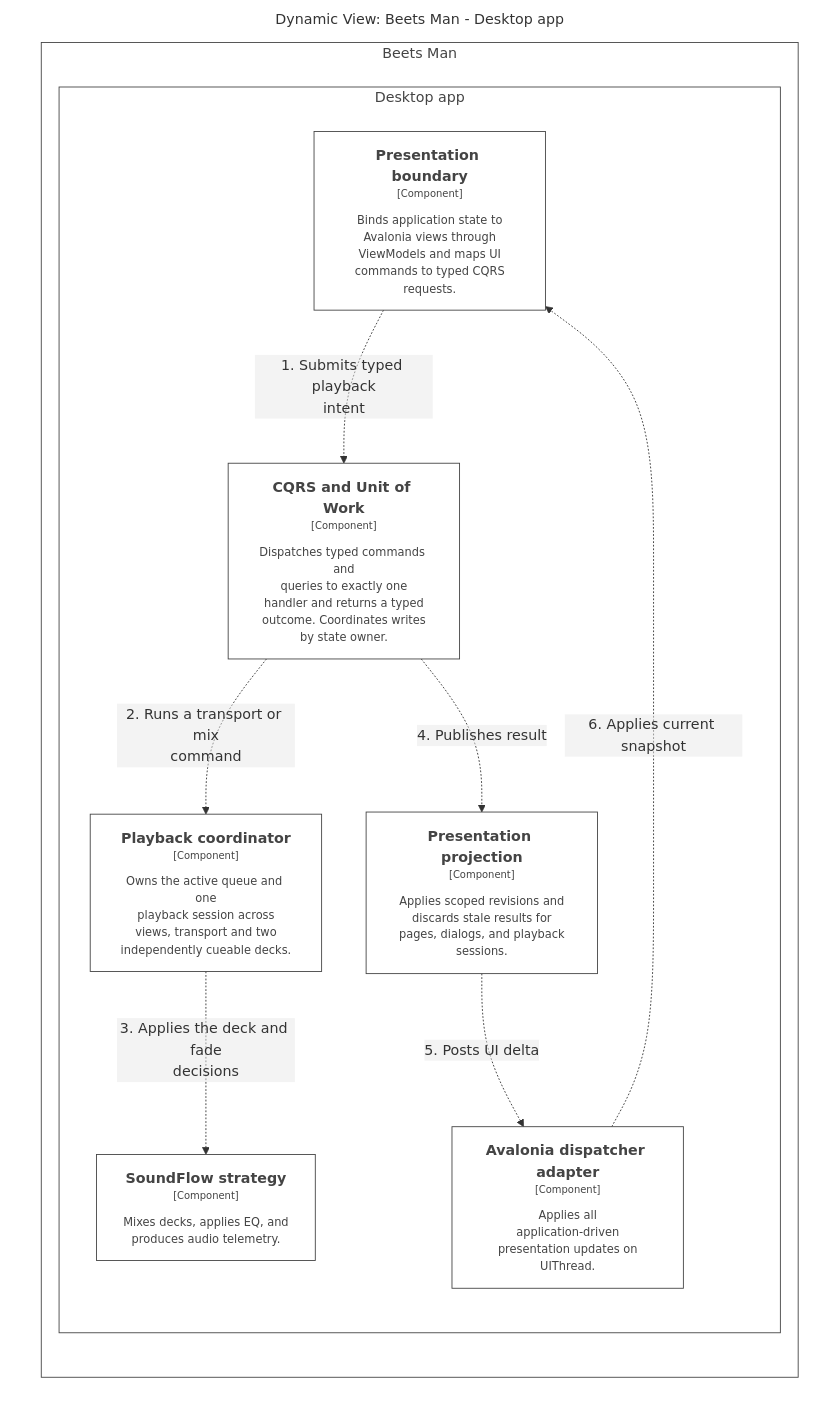
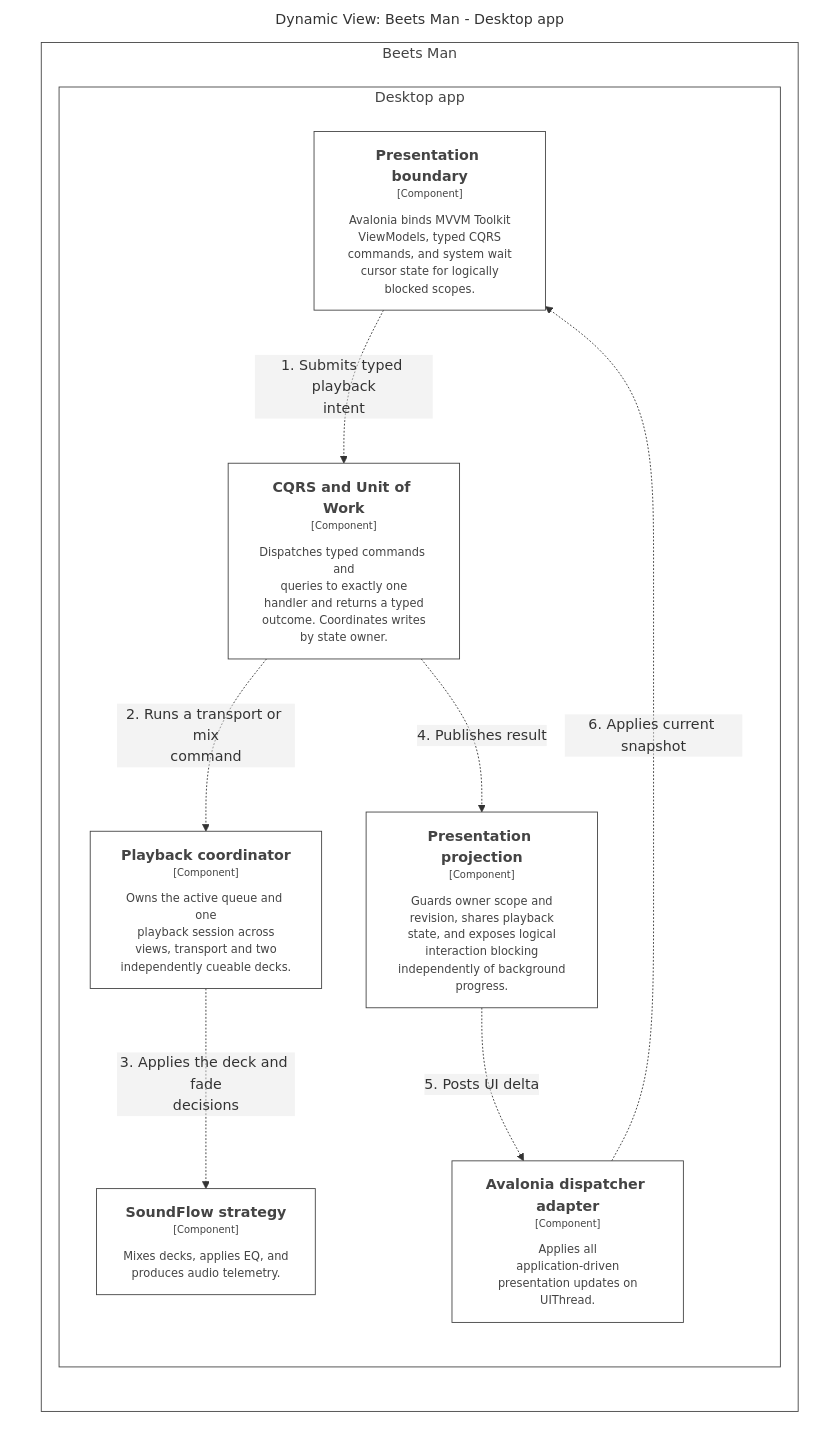
Diagram 11 of 13 in docs/Project/wiki/github/C4-Views.md (sharpninja/beets-man), drawn with Mermaid before and after one commit. The commit also changed other lines of this file and 73 other files, not shown here.

````diff
--- a/docs/Project/wiki/github/C4-Views.md
+++ b/docs/Project/wiki/github/C4-Views.md
@@ -565,38 +565,38 @@
 ```mermaid
 graph LR
   linkStyle default fill:#ffffff
 
   subgraph diagram ["Dynamic View: Beets Man - Desktop app"]
     style diagram fill:#ffffff,stroke:#ffffff
 
     subgraph 6 ["Beets Man"]
       style 6 fill:#ffffff,stroke:#444444,color:#444444
 
       subgraph 7 ["Desktop app"]
         style 7 fill:#ffffff,stroke:#444444,color:#444444
 
-        10["<div style='font-weight: bold'>Presentation projection</div><div style='font-size: 70%; margin-top: 0px'>[Component]</div><div style='font-size: 80%; margin-top:10px'>Applies scoped revisions and<br />discards stale results for<br />pages, dialogs, and playback<br />sessions.</div>"]
+        10["<div style='font-weight: bold'>Presentation projection</div><div style='font-size: 70%; margin-top: 0px'>[Component]</div><div style='font-size: 80%; margin-top:10px'>Guards owner scope and<br />revision, shares playback<br />state, and exposes logical<br />interaction blocking<br />independently of background<br />progress.</div>"]
         style 10 fill:#ffffff,stroke:#444444,color:#444444
         11["<div style='font-weight: bold'>CQRS and Unit of Work</div><div style='font-size: 70%; margin-top: 0px'>[Component]</div><div style='font-size: 80%; margin-top:10px'>Dispatches typed commands and<br />queries to exactly one<br />handler and returns a typed<br />outcome. Coordinates writes<br />by state owner.</div>"]
         style 11 fill:#ffffff,stroke:#444444,color:#444444
         16["<div style='font-weight: bold'>Playback coordinator</div><div style='font-size: 70%; margin-top: 0px'>[Component]</div><div style='font-size: 80%; margin-top:10px'>Owns the active queue and one<br />playback session across<br />views, transport and two<br />independently cueable decks.</div>"]
         style 16 fill:#ffffff,stroke:#444444,color:#444444
         17["<div style='font-weight: bold'>SoundFlow strategy</div><div style='font-size: 70%; margin-top: 0px'>[Component]</div><div style='font-size: 80%; margin-top:10px'>Mixes decks, applies EQ, and<br />produces audio telemetry.</div>"]
         style 17 fill:#ffffff,stroke:#444444,color:#444444
-        8["<div style='font-weight: bold'>Presentation boundary</div><div style='font-size: 70%; margin-top: 0px'>[Component]</div><div style='font-size: 80%; margin-top:10px'>Binds application state to<br />Avalonia views through<br />ViewModels and maps UI<br />commands to typed CQRS<br />requests.</div>"]
+        8["<div style='font-weight: bold'>Presentation boundary</div><div style='font-size: 70%; margin-top: 0px'>[Component]</div><div style='font-size: 80%; margin-top:10px'>Avalonia binds MVVM Toolkit<br />ViewModels, typed CQRS<br />commands, and system wait<br />cursor state for logically<br />blocked scopes.</div>"]
         style 8 fill:#ffffff,stroke:#444444,color:#444444
         9["<div style='font-weight: bold'>Avalonia dispatcher adapter</div><div style='font-size: 70%; margin-top: 0px'>[Component]</div><div style='font-size: 80%; margin-top:10px'>Applies all<br />application-driven<br />presentation updates on<br />UIThread.</div>"]
         style 9 fill:#ffffff,stroke:#444444,color:#444444
       end
 
     end
 
     8-. "<div>1. Submits typed playback<br />intent</div><div style='font-size: 70%'></div>" .->11
     11-. "<div>2. Runs a transport or mix<br />command</div><div style='font-size: 70%'></div>" .->16
     16-. "<div>3. Applies the deck and fade<br />decisions</div><div style='font-size: 70%'></div>" .->17
     11-. "<div>4. Publishes result</div><div style='font-size: 70%'></div>" .->10
     10-. "<div>5. Posts UI delta</div><div style='font-size: 70%'></div>" .->9
     9-. "<div>6. Applies current snapshot</div><div style='font-size: 70%'></div>" .->8
 
   end
 ```
````
